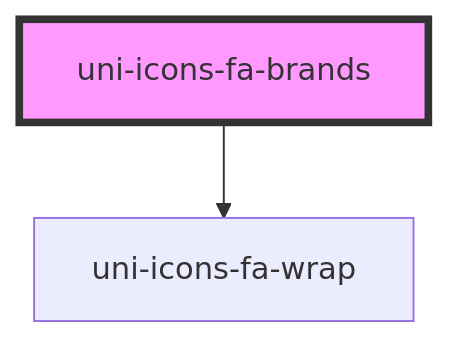
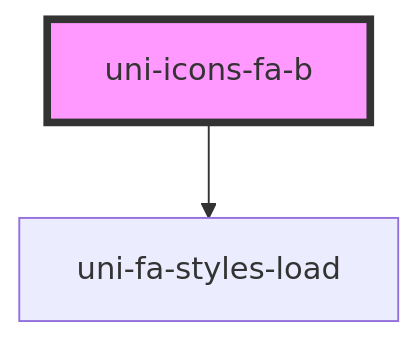
One commit to uiwebkit/icons changed the diagram in src/components/icons-fa/brands/@element/readme.md. Above: the diagram before and after it, drawn with Mermaid. The commit also changed other lines of this file and 25 other files, not shown here.

Commit message:
add: icon fa - github, npm, chart-line

````diff
--- a/src/components/icons-fa/brands/@element/readme.md
+++ b/src/components/icons-fa/brands/@element/readme.md
@@ -28,5 +29,5 @@
 ```mermaid
 graph TD;
-  uni-icons-fa-brands --> uni-icons-fa-wrap
-  style uni-icons-fa-brands fill:#f9f,stroke:#333,stroke-width:4px
+  uni-icons-fa-b --> uni-fa-styles-load
+  style uni-icons-fa-b fill:#f9f,stroke:#333,stroke-width:4px
 ```
````
